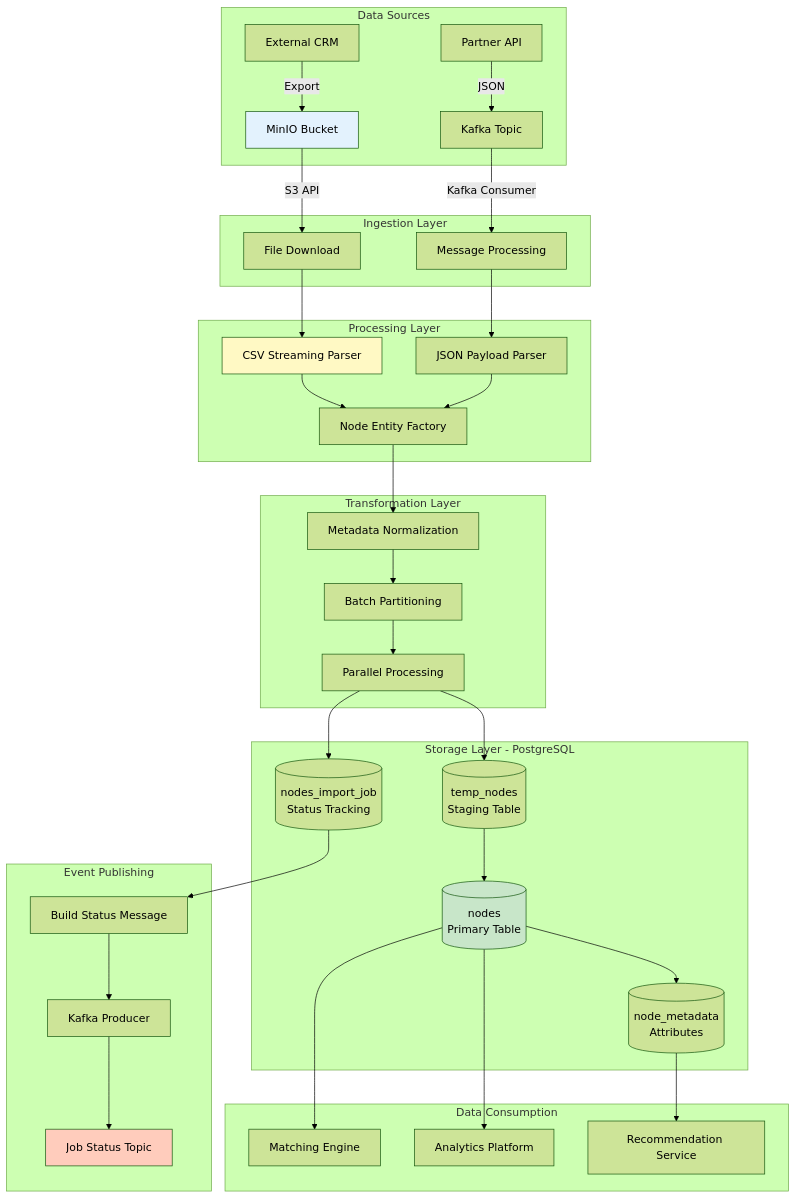
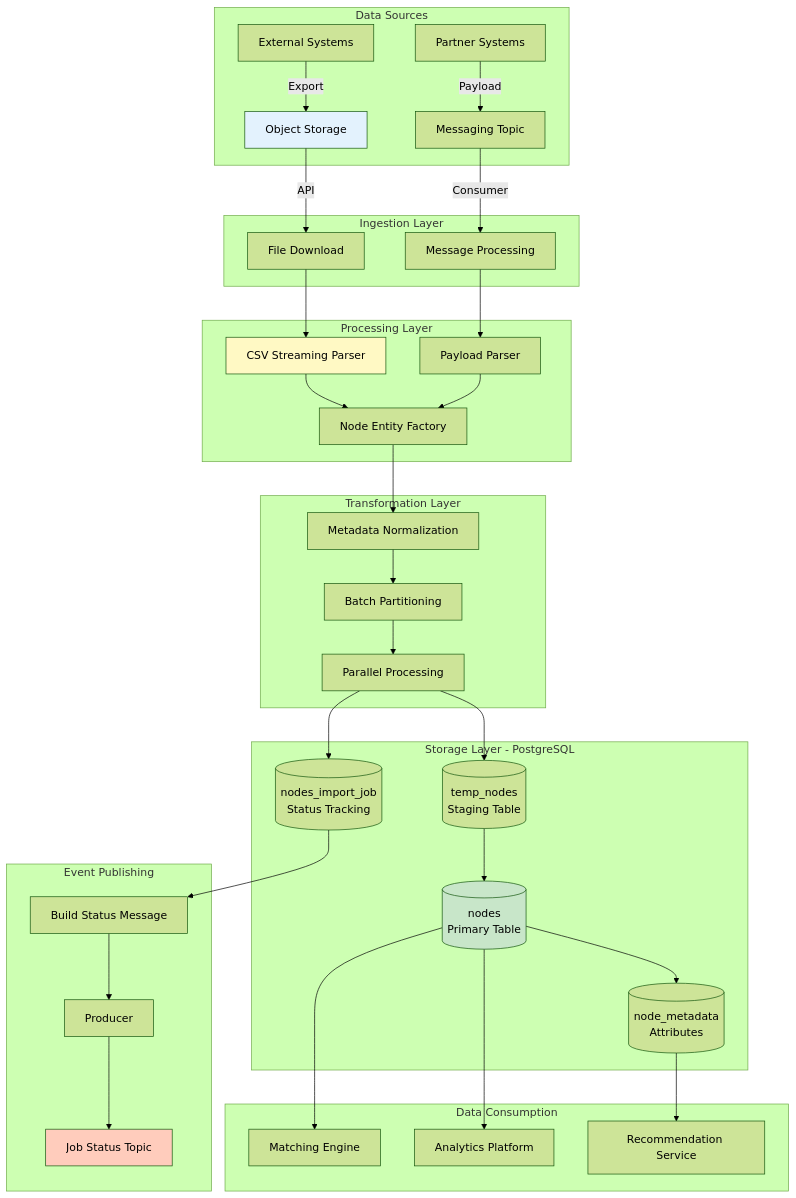
The sixth of 7 diagrams in docs/High Level Designs/NodesImport.md (kagit00/schedule_x), drawn with Mermaid (forest theme) before and after one commit. The commit also changed other lines of this file and 7 other files, not shown here.

````diff
--- a/docs/High Level Designs/NodesImport.md
+++ b/docs/High Level Designs/NodesImport.md
@@ -394,49 +390,49 @@
 ```mermaid
 flowchart TB
     subgraph "Data Sources"
-        A1[External CRM] -->|Export| A2[MinIO Bucket]
-        A3[Partner API] -->|JSON| A4[Kafka Topic]
+        A1[External Systems] -->|Export| A2[Object Storage]
+        A3[Partner Systems] -->|Payload| A4[Messaging Topic]
     end
     
     subgraph "Ingestion Layer"
-        A2 -->|S3 API| B1[File Download]
-        A4 -->|Kafka Consumer| B2[Message Processing]
+        A2 -->|API| B1[File Download]
+        A4 -->|Consumer| B2[Message Processing]
     end
     
     subgraph "Processing Layer"
         B1 --> C1[CSV Streaming Parser]
-        B2 --> C2[JSON Payload Parser]
+        B2 --> C2[Payload Parser]
         C1 --> C3[Node Entity Factory]
         C2 --> C3
     end
     
     subgraph "Transformation Layer"
         C3 --> D1[Metadata Normalization]
         D1 --> D2[Batch Partitioning]
         D2 --> D3[Parallel Processing]
     end
     
     subgraph "Storage Layer - PostgreSQL"
         D3 --> E1[(temp_nodes<br/>Staging Table)]
         E1 --> E2[(nodes<br/>Primary Table)]
         E2 --> E3[(node_metadata<br/>Attributes)]
         D3 --> E4[(nodes_import_job<br/>Status Tracking)]
     end
     
     subgraph "Event Publishing"
         E4 --> F1[Build Status Message]
-        F1 --> F2[Kafka Producer]
+        F1 --> F2[Producer]
         F2 --> F3[Job Status Topic]
     end
     
     subgraph "Data Consumption"
         E2 --> G1[Matching Engine]
         E2 --> G2[Analytics Platform]
         E3 --> G3[Recommendation Service]
     end
     
     style A2 fill:#E3F2FD
     style C1 fill:#FFF9C4
     style E2 fill:#C8E6C9
     style F3 fill:#FFCCBC
 ```
````
